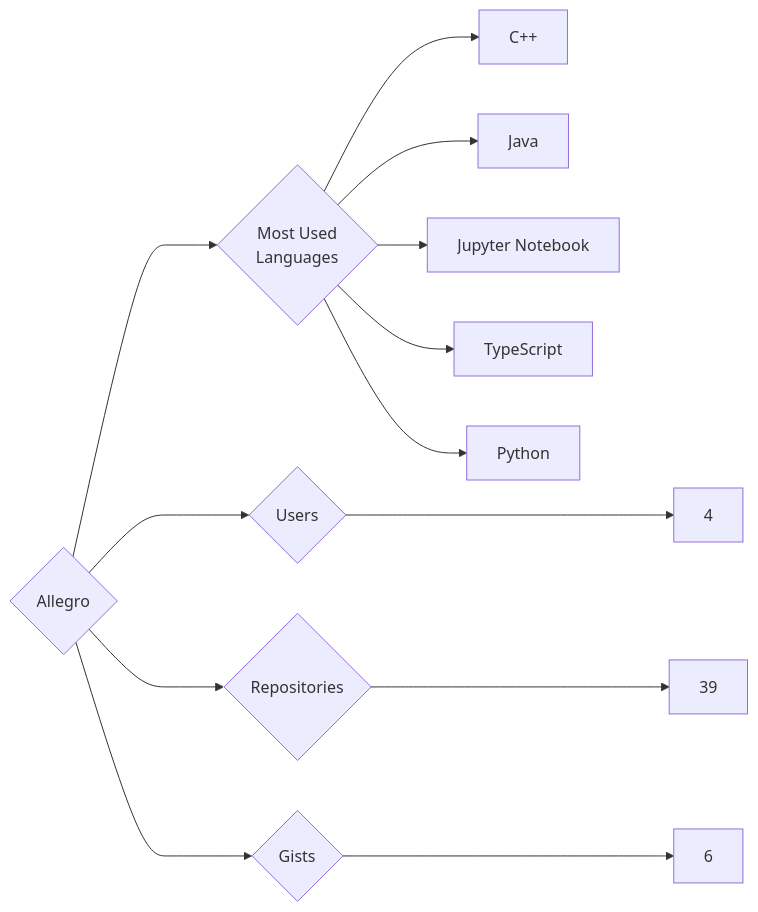
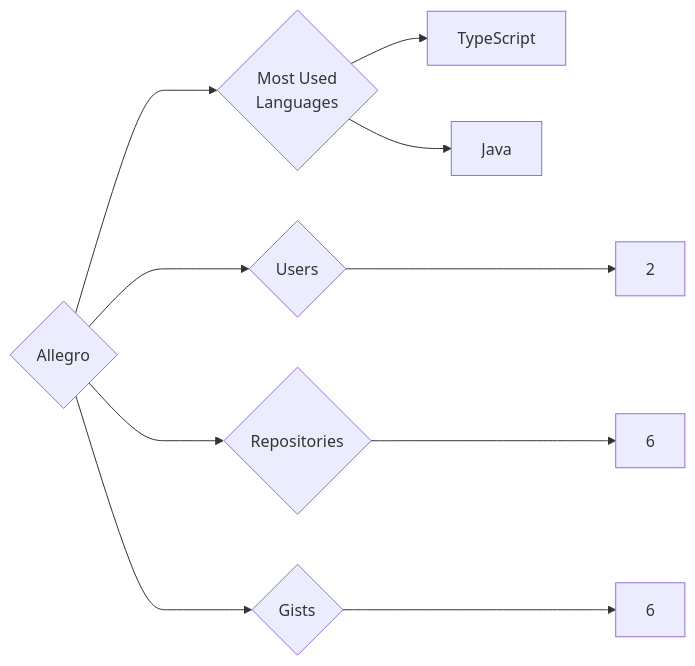
Before and after one commit to trickest/insiders: the diagram in targets/Allegro/README.md, drawn with Mermaid. The commit also changed 1120 other files, not shown here.

````diff
--- a/targets/Allegro/README.md
+++ b/targets/Allegro/README.md
@@ -3,13 +3,10 @@
 ```mermaid
 graph LR
 COMPANY_NAME{Allegro}
-COMPANY_NAME ---> U{Users} ---> UN[4]
-COMPANY_NAME ---> R{Repositories} ---> RN[39]
+COMPANY_NAME ---> U{Users} ---> UN[2]
+COMPANY_NAME ---> R{Repositories} ---> RN[6]
 COMPANY_NAME ---> G{Gists} ---> GN[6]
 COMPANY_NAME ---> ML{Most Used<br>Languages}
-ML --> C++[C++]
+ML --> TypeScript[TypeScript]
 ML --> Java[Java]
-ML --> Jupyter_Notebook[Jupyter Notebook]
-ML --> TypeScript[TypeScript]
-ML --> Python[Python]
 ```
````
